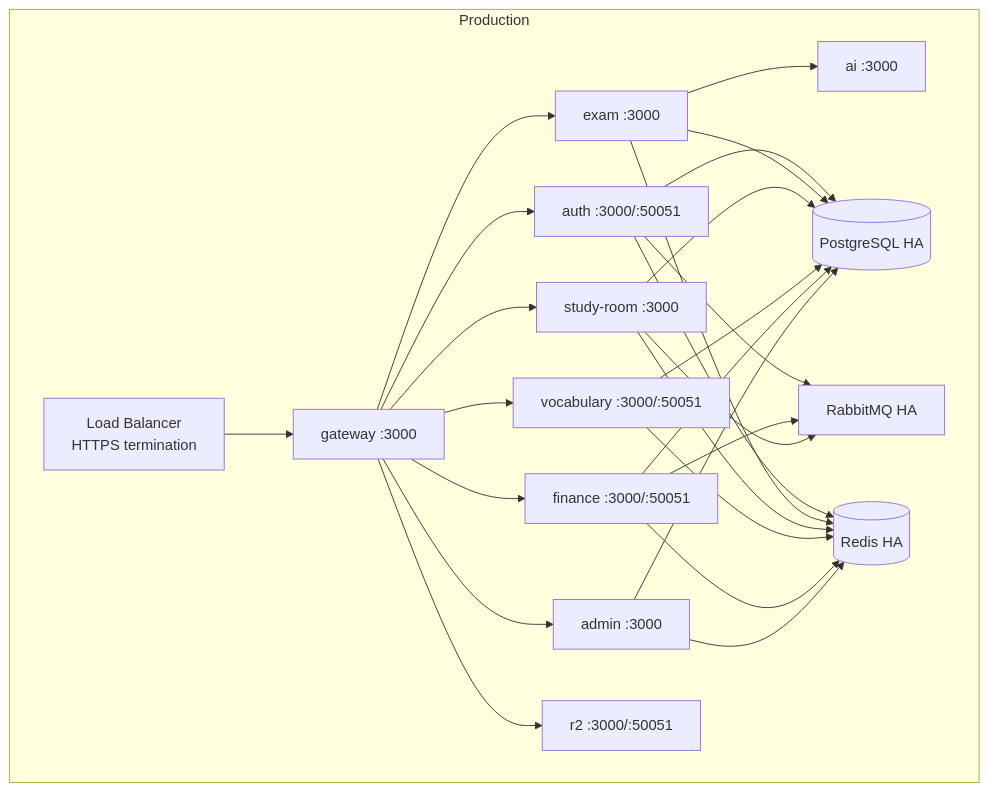
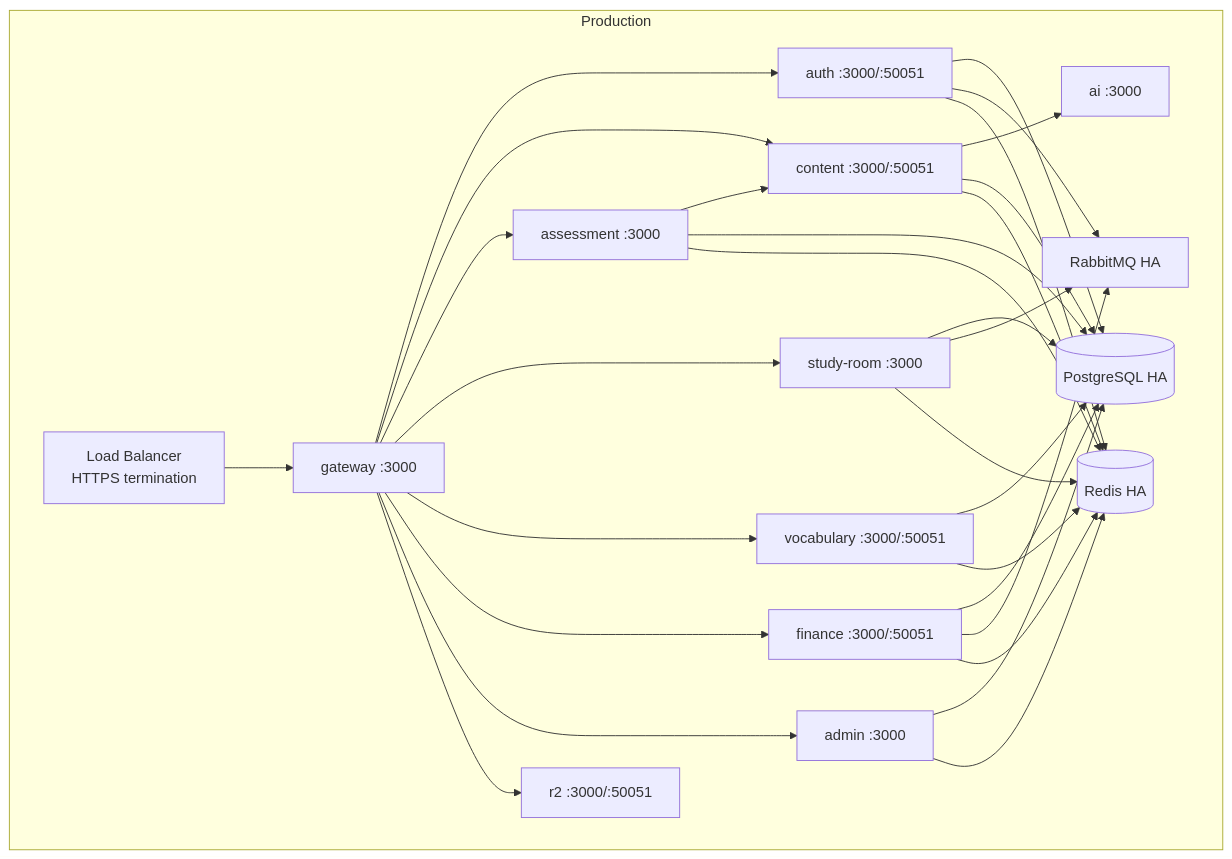
Before and after one commit to tgiap04/examio: the eighth of 9 diagrams in docs/system/architecture.md, drawn with Mermaid. The commit also changed other lines of this file and 20 other files, not shown here.

First line of the commit message:
docs: document content-service and assessment-service

````diff
--- a/docs/system/architecture.md
+++ b/docs/system/architecture.md
@@ -506,42 +517,47 @@
 ```mermaid
 graph TB
     subgraph Production
         LB[Load Balancer<br/>HTTPS termination]
         GW[gateway :3000]
         AUTH[auth :3000/:50051]
-        EXAM[exam :3000]
+        CONTENT[content :3000/:50051]
+        ASSESS[assessment :3000]
         STUDY[study-room :3000]
         VOCAB[vocabulary :3000/:50051]
         FIN[finance :3000/:50051]
         ADMIN[admin :3000]
         R2[r2 :3000/:50051]
         AI[ai :3000]
         PG[(PostgreSQL HA)]
         REDIS[(Redis HA)]
         RMQ[RabbitMQ HA]
     end
     LB --> GW
     GW --> AUTH
-    GW --> EXAM
+    GW --> CONTENT
+    GW --> ASSESS
     GW --> STUDY
     GW --> VOCAB
     GW --> FIN
     GW --> ADMIN
     GW --> R2
-    EXAM --> AI
+    CONTENT --> AI
+    ASSESS --> CONTENT
     AUTH --> PG
-    EXAM --> PG
+    CONTENT --> PG
+    ASSESS --> PG
     STUDY --> PG
     VOCAB --> PG
     FIN --> PG
     ADMIN --> PG
     AUTH --> RMQ
     FIN --> RMQ
     STUDY --> RMQ
     AUTH --> REDIS
-    EXAM --> REDIS
+    CONTENT --> REDIS
+    ASSESS --> REDIS
     STUDY --> REDIS
     VOCAB --> REDIS
     FIN --> REDIS
     ADMIN --> REDIS
 ```
````
